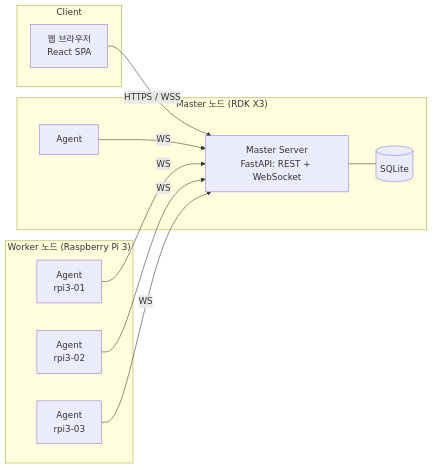
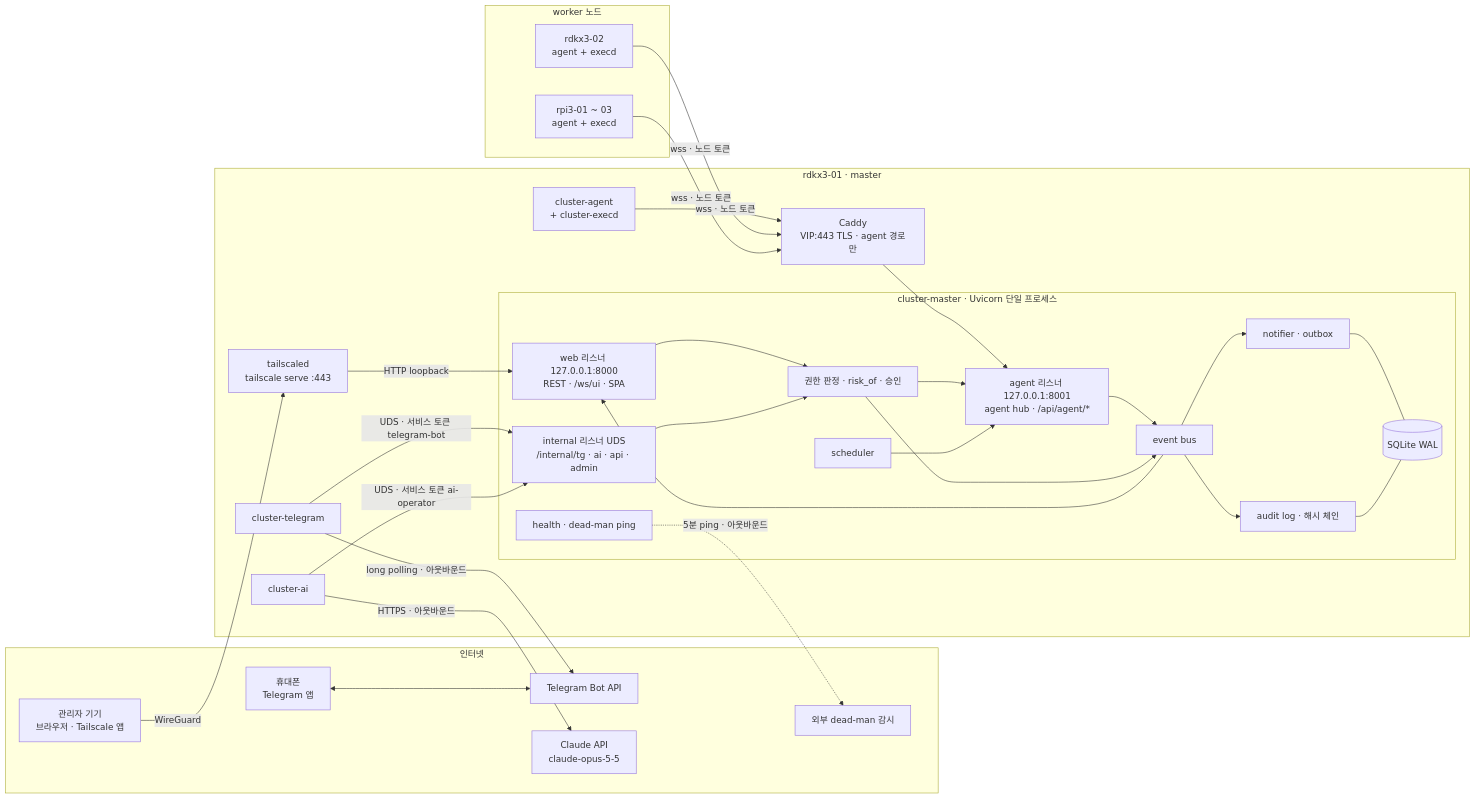
The first of 3 diagrams in docs/PLAN.md (Yuchan-00/Cluster_Web), drawn with Mermaid before and after one commit. The commit also changed other lines of this file and 5 other files, not shown here.

First line of the commit message:
Revise plan: security-first design for 5-node cluster, jobs, Telegram, AI agent

````diff
--- a/docs/PLAN.md
+++ b/docs/PLAN.md
@@ -48,22 +87,56 @@
 ```mermaid
 flowchart LR
-  subgraph Client
-    B["웹 브라우저<br/>React SPA"]
+  subgraph NET["인터넷"]
+    DEV["관리자 기기<br/>브라우저 · Tailscale 앱"]
+    PHONE["휴대폰<br/>Telegram 앱"]
+    TGAPI["Telegram Bot API"]
+    CLAUDE["Claude API<br/>claude-opus-5-5"]
+    DM["외부 dead-man 감시"]
   end
-  subgraph Master["Master 노드 (RDK X3)"]
-    W["Master Server<br/>FastAPI: REST + WebSocket"]
-    DB[("SQLite")]
-    AM["Agent"]
+  subgraph R1["rdkx3-01 · master"]
+    TSD["tailscaled<br/>tailscale serve :443"]
+    CADDY["Caddy<br/>VIP:443 TLS · agent 경로만"]
+    subgraph CM["cluster-master · Uvicorn 단일 프로세스"]
+      WEB["web 리스너 127.0.0.1:8000<br/>REST · /ws/ui · SPA"]
+      HUB["agent 리스너 127.0.0.1:8001<br/>agent hub · /api/agent/*"]
+      INT["internal 리스너 UDS<br/>/internal/tg · ai · api · admin"]
+      AUTHZ["권한 판정 · risk_of · 승인"]
+      SCH["scheduler"]
+      BUS["event bus"]
+      NOT["notifier · outbox"]
+      AUD["audit log · 해시 체인"]
+      HC["health · dead-man ping"]
+      DB[("SQLite WAL")]
+    end
+    CT["cluster-telegram"]
+    CAI["cluster-ai"]
+    A1["cluster-agent<br/>+ cluster-execd"]
   end
-  subgraph Workers["Worker 노드 (Raspberry Pi 3)"]
-    A1["Agent<br/>rpi3-01"]
-    A2["Agent<br/>rpi3-02"]
-    A3["Agent<br/>rpi3-03"]
+  subgraph WK["worker 노드"]
+    A2["rdkx3-02<br/>agent + execd"]
+    A3["rpi3-01 ~ 03<br/>agent + execd"]
   end
-  B -- "HTTPS / WSS" --> W
-  W --- DB
-  AM -- "WS" --> W
-  A1 -- "WS" --> W
-  A2 -- "WS" --> W
-  A3 -- "WS" --> W
+  DEV -- "WireGuard" --> TSD
+  TSD -- "HTTP loopback" --> WEB
+  PHONE <--> TGAPI
+  CT -- "long polling · 아웃바운드" --> TGAPI
+  CAI -- "HTTPS · 아웃바운드" --> CLAUDE
+  HC -.->|"5분 ping · 아웃바운드"| DM
+  CT -- "UDS · 서비스 토큰 telegram-bot" --> INT
+  CAI -- "UDS · 서비스 토큰 ai-operator" --> INT
+  A1 -- "wss · 노드 토큰" --> CADDY
+  A2 -- "wss · 노드 토큰" --> CADDY
+  A3 -- "wss · 노드 토큰" --> CADDY
+  CADDY --> HUB
+  WEB --> AUTHZ
+  INT --> AUTHZ
+  AUTHZ --> HUB
+  SCH --> HUB
+  HUB --> BUS
+  AUTHZ --> BUS
+  BUS --> NOT
+  BUS --> AUD
+  BUS --> WEB
+  NOT --- DB
+  AUD --- DB
 ```
````
